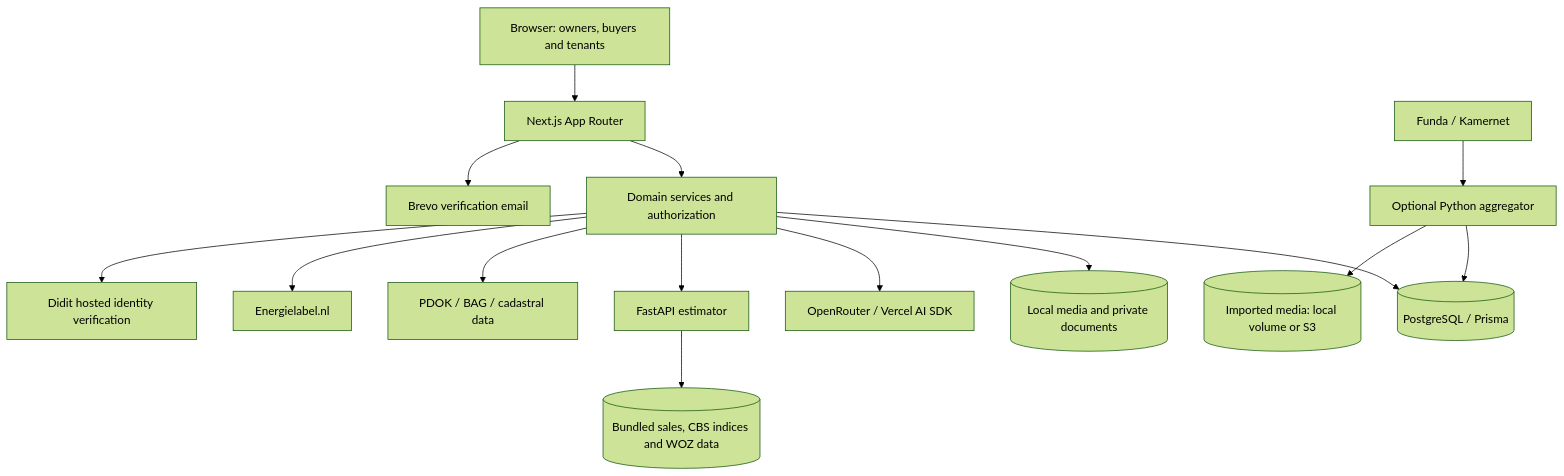
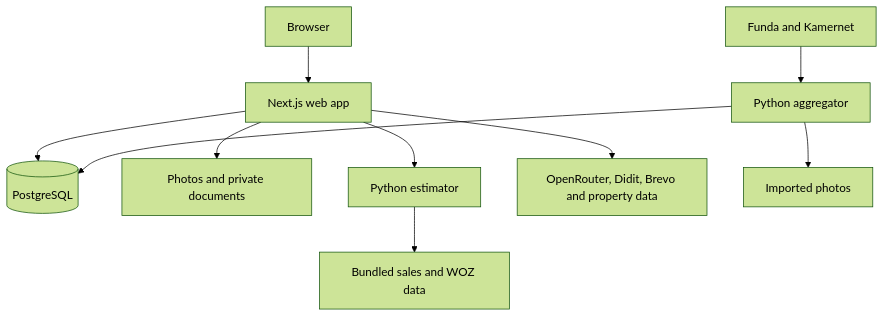
Before and after one commit to Rubinjo/zelf-wonen: the diagram in docs/architecture.md, drawn with Mermaid (forest theme). The commit also changed other lines of this file and 17 other files, not shown here.

````diff
--- a/docs/architecture.md
+++ b/docs/architecture.md
@@ -12,17 +11,12 @@
 ```mermaid
-flowchart TB
-  Browser["Browser: owners, buyers and tenants"] --> Web["Next.js App Router"]
-  Web --> Domains["Domain services and authorization"]
-  Domains --> DB[("PostgreSQL / Prisma")]
-  Domains --> Files[("Local media and private documents")]
-  Domains --> AI["OpenRouter / Vercel AI SDK"]
-  Domains --> Python["FastAPI estimator"]
-  Python --> Data[("Bundled sales, CBS indices and WOZ data")]
-  Domains --> PDOK["PDOK / BAG / cadastral data"]
-  Domains --> Energy["Energielabel.nl"]
-  Domains --> Didit["Didit hosted identity verification"]
-  Web --> Email["Brevo verification email"]
-  Sources["Funda / Kamernet"] --> Worker["Optional Python aggregator"]
-  Worker --> DB
-  Worker --> Media[("Imported media: local volume or S3")]
+flowchart TD
+  Browser[Browser] --> Web[Next.js web app]
+  Web --> DB[(PostgreSQL)]
+  Web --> Files[Photos and private documents]
+  Web --> Estimator[Python estimator]
+  Estimator --> Data[Bundled sales and WOZ data]
+  Web --> Providers[OpenRouter, Didit, Brevo and property data]
+  Sources[Funda and Kamernet] --> Aggregator[Python aggregator]
+  Aggregator --> DB
+  Aggregator --> Media[Imported photos]
 ```
````
